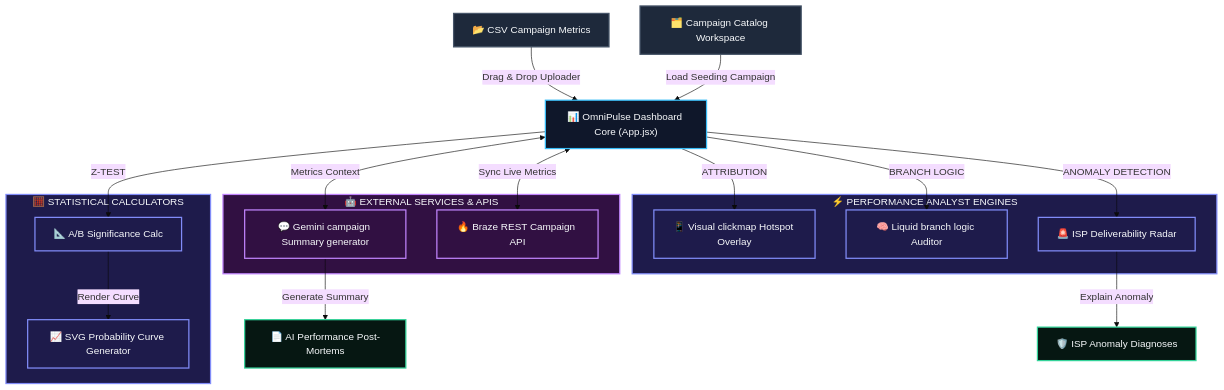
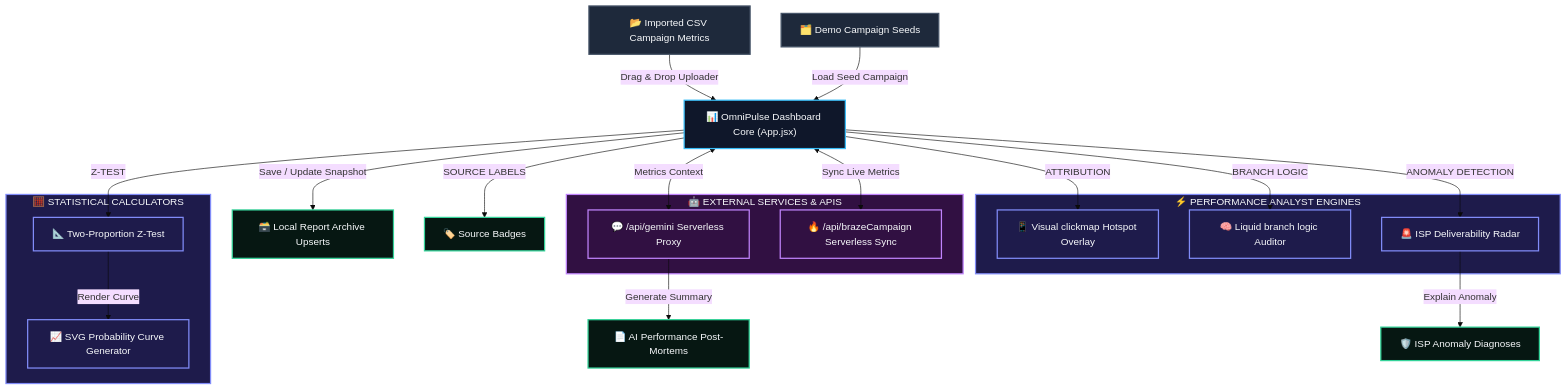
The diagram in README.md (mzubtsova/OmniPulse), drawn with Mermaid (base theme) before and after one commit. The commit also changed other lines of this file and 1 other file, not shown here.

Commit message:
Align README architecture with current flow

````diff
--- a/README.md
+++ b/README.md
@@ -14,54 +12,58 @@
 ```mermaid
 flowchart TD
     %% Styling Definitions
     classDef source fill:#1e293b,stroke:#475569,stroke-width:2px,color:#f8fafc;
     classDef core fill:#0f172a,stroke:#38bdf8,stroke-width:2px,color:#f8fafc;
     classDef engine fill:#1e1b4b,stroke:#818cf8,stroke-width:2px,color:#f8fafc;
     classDef api fill:#311042,stroke:#c084fc,stroke-width:2px,color:#f8fafc;
     classDef output fill:#061712,stroke:#34d399,stroke-width:2px,color:#f8fafc;
 
     %% Nodes
-    Logs["📂 CSV Campaign Metrics"]:::source
-    Catalog["🗂️ Campaign Catalog Workspace"]:::source
+    Logs["📂 Imported CSV Campaign Metrics"]:::source
+    Catalog["🗂️ Demo Campaign Seeds"]:::source
     
     App["📊 OmniPulse Dashboard Core (App.jsx)"]:::core
     
     subgraph AnalyticsEngines ["⚡ PERFORMANCE ANALYST ENGINES"]
         Clickmap["📱 Visual clickmap Hotspot Overlay"]
         LiquidBranch["🧠 Liquid branch logic Auditor"]
         Radar["🚨 ISP Deliverability Radar"]
     end
     class AnalyticsEngines,Clickmap,LiquidBranch,Radar engine;
     
     subgraph StatsCalculators ["🧮 STATISTICAL CALCULATORS"]
-        Significance["📐 A/B Significance Calc"]
+        Significance["📐 Two-Proportion Z-Test"]
         CurveGenerator["📈 SVG Probability Curve Generator"]
     end
     class StatsCalculators,Significance,CurveGenerator engine;
 
     subgraph ExternalServices ["🤖 EXTERNAL SERVICES & APIS"]
-        Gemini["💬 Gemini campaign Summary generator"]
-        Braze["🔥 Braze REST Campaign API"]
+        Gemini["💬 /api/gemini Serverless Proxy"]
+        Braze["🔥 /api/brazeCampaign Serverless Sync"]
     end
     class ExternalServices,Gemini,Braze api;
 
     ExecutiveReport["📄 AI Performance Post-Mortems"]:::output
     AnomalyReport["🛡️ ISP Anomaly Diagnoses"]:::output
+    Archive["🗃️ Local Report Archive Upserts"]:::output
+    Provenance["🏷️ Source Badges"]:::output
     
     %% Flows
     Logs -->|Drag & Drop Uploader| App
-    Catalog -->|Load Seeding Campaign| App
+    Catalog -->|Load Seed Campaign| App
     
     App -->|ATTRIBUTION| Clickmap
     App -->|BRANCH LOGIC| LiquidBranch
     App -->|ANOMALY DETECTION| Radar
+    App -->|SOURCE LABELS| Provenance
     
     App -->|Z-TEST| Significance
     Significance -->|Render Curve| CurveGenerator
     
     App <-->|Metrics Context| Gemini
     Gemini -->|Generate Summary| ExecutiveReport
     Radar -->|Explain Anomaly| AnomalyReport
+    App -->|Save / Update Snapshot| Archive
     
     App <-->|Sync Live Metrics| Braze
 ```
````
